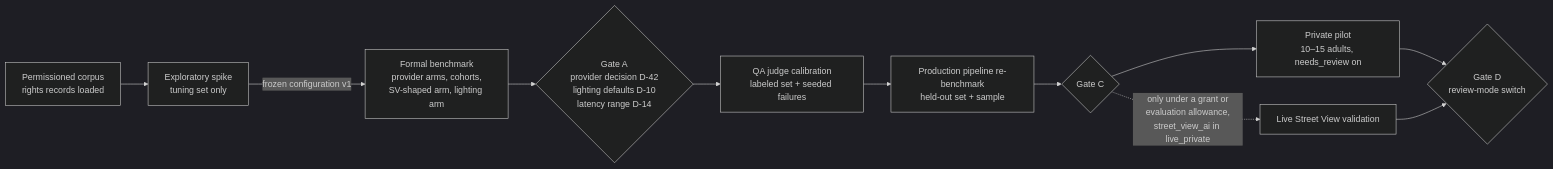
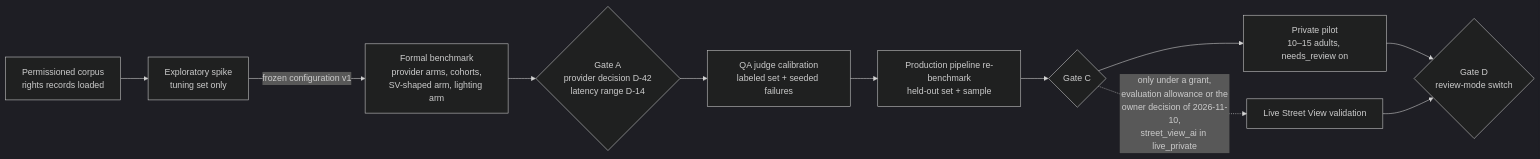
The diagram in docs/specs/quality-and-benchmark.md (whatl3y/hailiday), drawn with Mermaid (dark theme) before and after one commit. The commit also changed other lines of this file and 568 other files, not shown here.

````diff
--- a/docs/specs/quality-and-benchmark.md
+++ b/docs/specs/quality-and-benchmark.md
@@ -32,13 +32,13 @@
 ```mermaid
 flowchart LR
     K[Permissioned corpus<br/>rights records loaded] --> S[Exploratory spike<br/>tuning set only]
     S -->|frozen configuration v1| F[Formal benchmark<br/>provider arms, cohorts,<br/>SV-shaped arm, lighting arm]
-    F --> GA{Gate A<br/>provider decision D-42<br/>lighting defaults D-10<br/>latency range D-14}
+    F --> GA{Gate A<br/>provider decision D-42<br/>latency range D-14}
     GA --> C[QA judge calibration<br/>labeled set + seeded failures]
     C --> R[Production pipeline re-benchmark<br/>held-out set + sample]
     R --> GC{Gate C}
     GC --> P[Private pilot<br/>10–15 adults, needs_review on]
-    GC -.->|only under a grant or<br/>evaluation allowance,<br/>street_view_ai in live_private| L[Live Street View validation]
+    GC -.->|only under a grant,<br/>evaluation allowance or the<br/>owner decision of 2026-11-10,<br/>street_view_ai in live_private| L[Live Street View validation]
     P --> GD{Gate D<br/>review-mode switch}
     L --> GD
 ```
````
